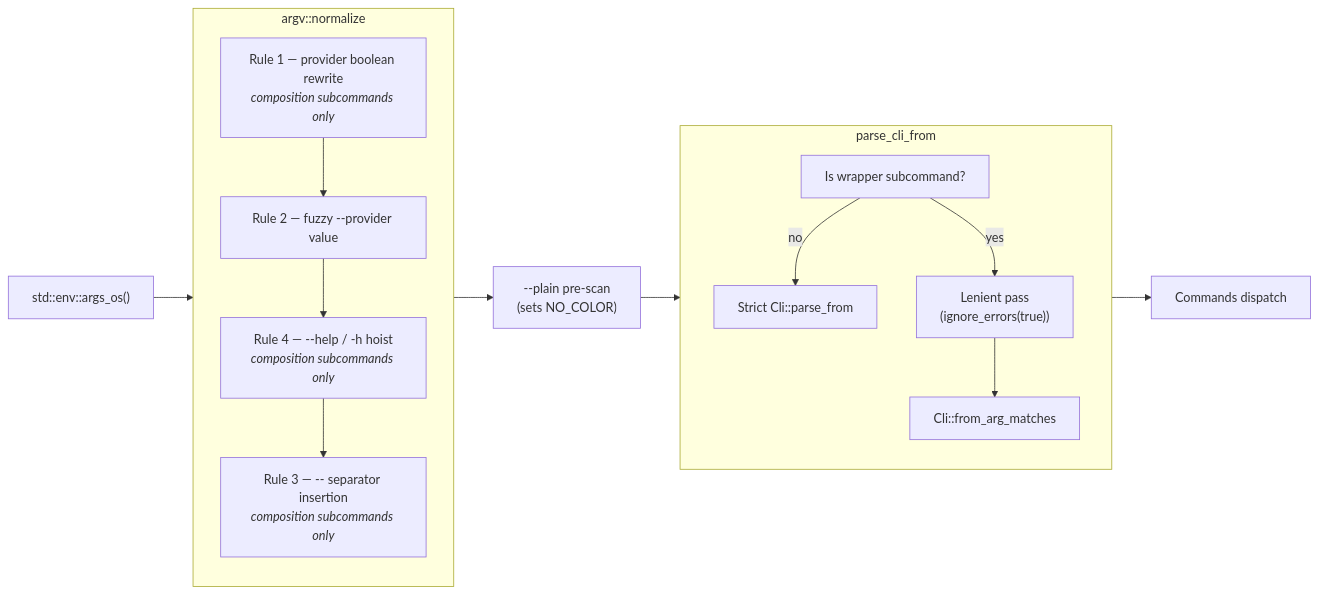
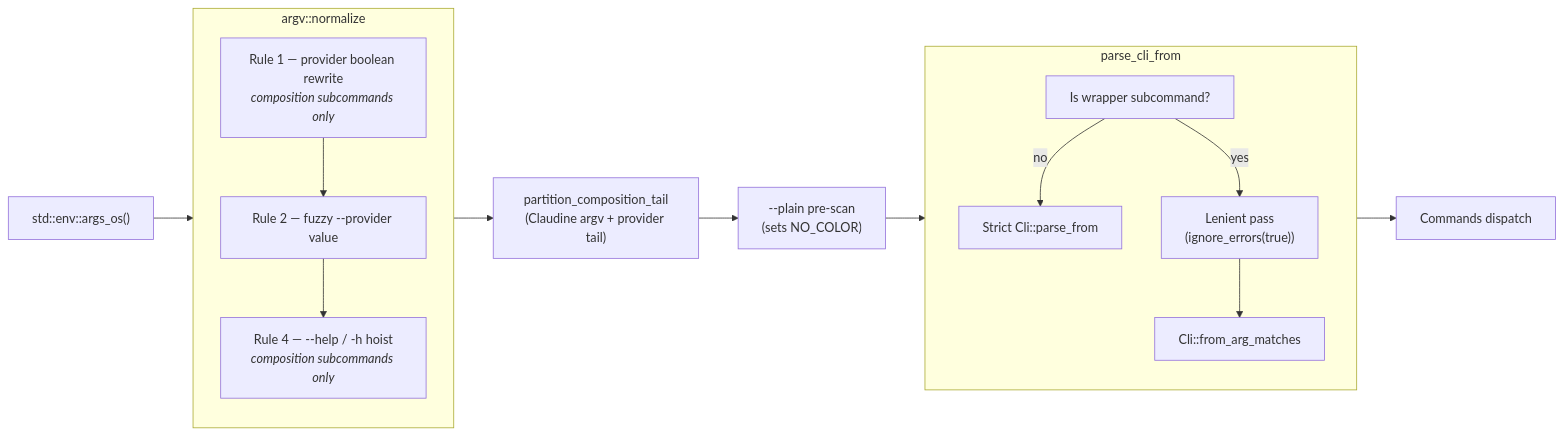
One commit to yankeeinlondon/rusty-biscuit changed the diagram in claudine/docs/topics/cli-pre-parsing.md. Above: the diagram before and after it, drawn with Mermaid. The commit also changed other lines of this file and 18 other files, not shown here.

````diff
--- a/claudine/docs/topics/cli-pre-parsing.md
+++ b/claudine/docs/topics/cli-pre-parsing.md
@@ -23,24 +23,24 @@
 ```mermaid
 flowchart LR
     A["std::env::args_os()"] --> B["argv::normalize"]
     subgraph B["argv::normalize"]
         direction TB
         R1["Rule 1 — provider boolean rewrite<br/><i>composition subcommands only</i>"]
         R2["Rule 2 — fuzzy --provider value"]
         R4["Rule 4 — --help / -h hoist<br/><i>composition subcommands only</i>"]
-        R3["Rule 3 — -- separator insertion<br/><i>composition subcommands only</i>"]
-        R1 --> R2 --> R4 --> R3
+        R1 --> R2 --> R4
     end
-    B --> C["--plain pre-scan<br/>(sets NO_COLOR)"]
+    B --> PP["partition_composition_tail<br/>(Claudine argv + provider tail)"]
+    PP --> C["--plain pre-scan<br/>(sets NO_COLOR)"]
     C --> D["parse_cli_from"]
     subgraph D["parse_cli_from"]
         direction TB
         D1["Is wrapper subcommand?"]
         D2["Strict Cli::parse_from"]
         D3["Lenient pass<br/>(ignore_errors(true))"]
         D4["Cli::from_arg_matches"]
         D1 -- "no" --> D2
         D1 -- "yes" --> D3 --> D4
     end
     D --> E["Commands dispatch"]
 ```
````
